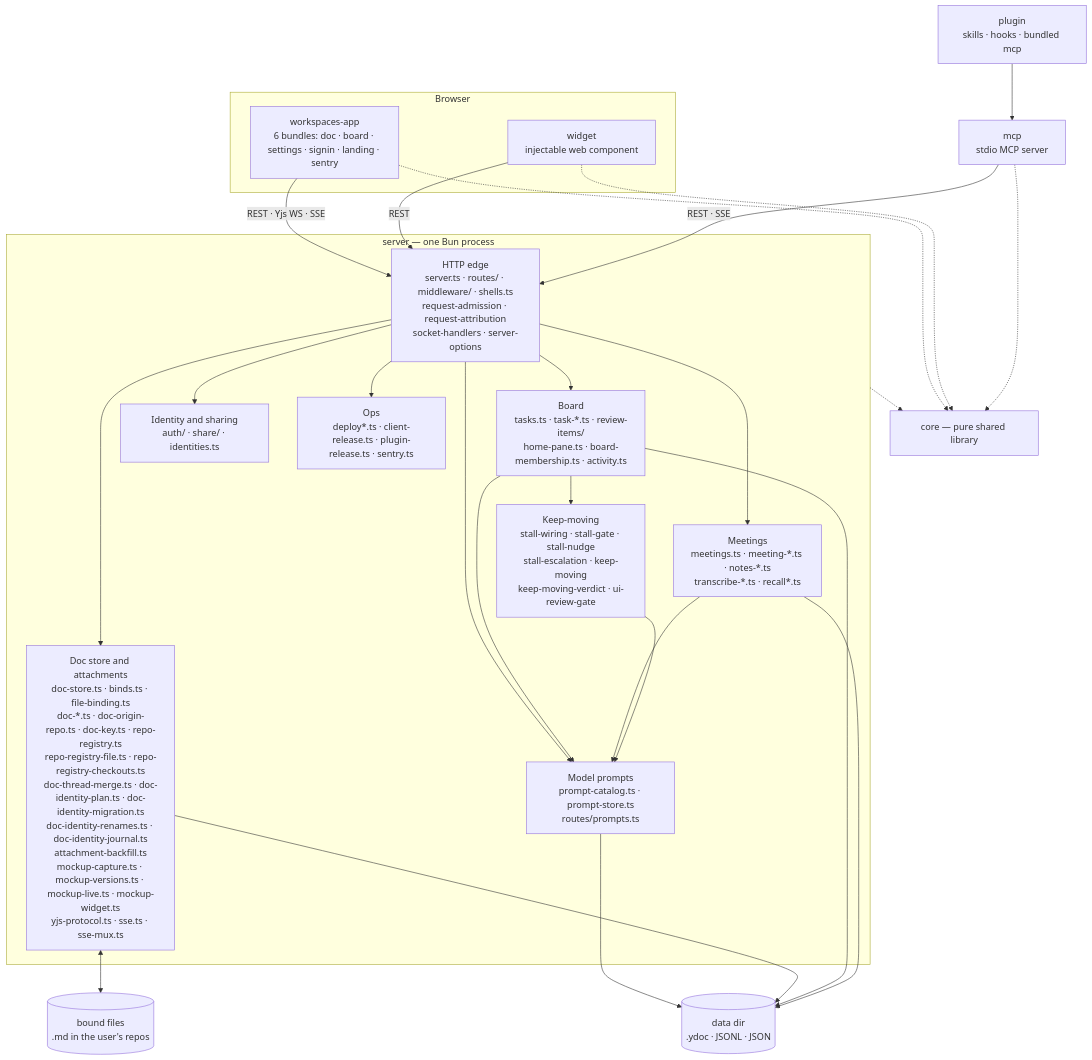
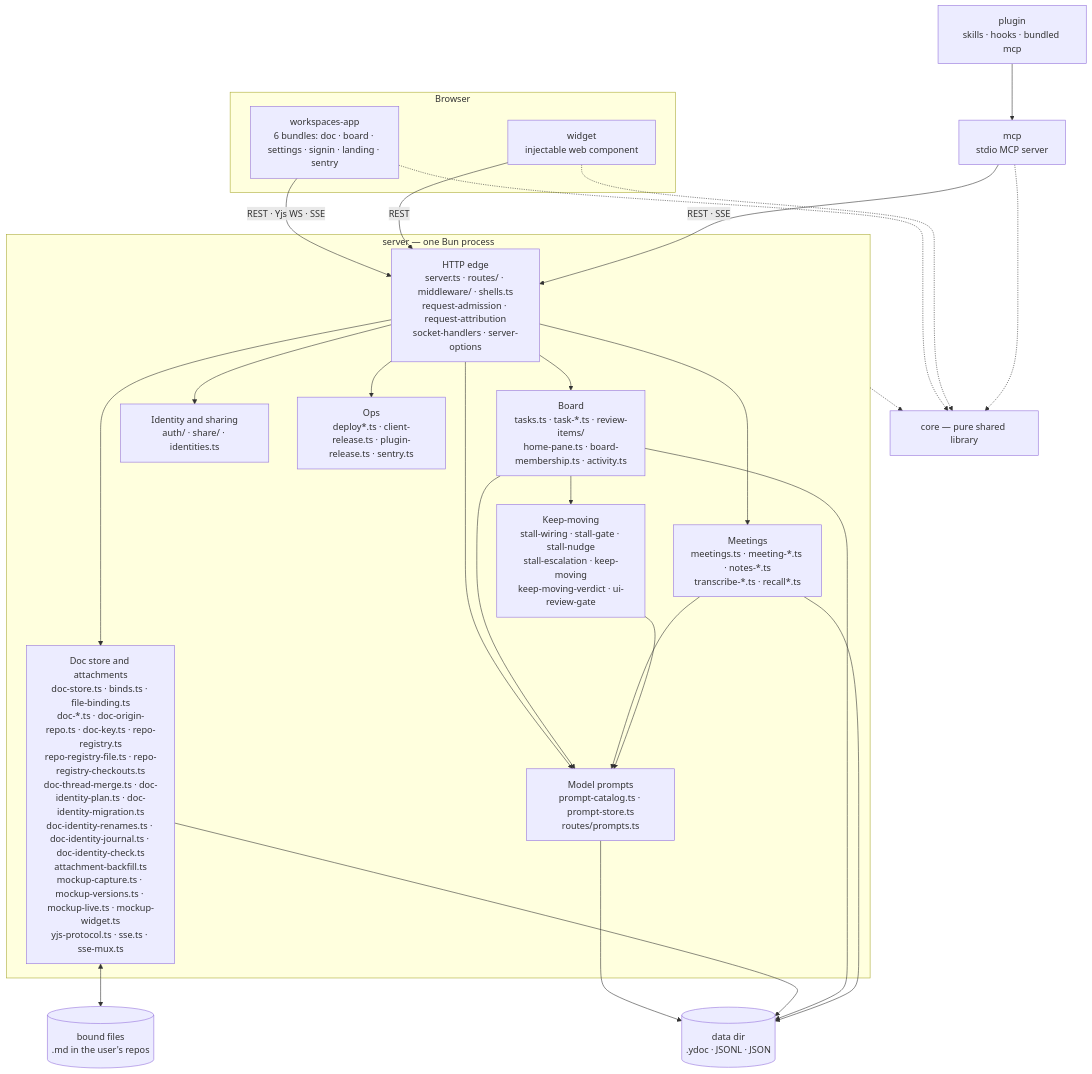
The first of 2 diagrams in docs/architecture/overview.md (fryanpan/claude-workspaces-plugin), drawn with Mermaid before and after one commit. The commit also changed other lines of this file and 3 other files, not shown here.

````diff
--- a/docs/architecture/overview.md
+++ b/docs/architecture/overview.md
@@ -45,35 +45,35 @@
 ```mermaid
 flowchart TB
   subgraph browser[Browser]
     app["workspaces-app<br/>6 bundles: doc · board · settings · signin · landing · sentry"]
     wid["widget<br/>injectable web component"]
   end
   plug["plugin<br/>skills · hooks · bundled mcp"]
   mcp["mcp<br/>stdio MCP server"]
   subgraph srv["server — one Bun process"]
     edge["HTTP edge<br/>server.ts · routes/ · middleware/ · shells.ts<br/>request-admission · request-attribution<br/>socket-handlers · server-options"]
-    docs["Doc store and attachments<br/>doc-store.ts · binds.ts · file-binding.ts<br/>doc-*.ts · doc-origin-repo.ts · doc-key.ts · repo-registry.ts<br/>repo-registry-file.ts · repo-registry-checkouts.ts<br/>doc-thread-merge.ts · doc-identity-plan.ts · doc-identity-migration.ts<br/>doc-identity-renames.ts · doc-identity-journal.ts<br/>attachment-backfill.ts<br/>mockup-capture.ts · mockup-versions.ts · mockup-live.ts · mockup-widget.ts<br/>yjs-protocol.ts · sse.ts · sse-mux.ts"]
+    docs["Doc store and attachments<br/>doc-store.ts · binds.ts · file-binding.ts<br/>doc-*.ts · doc-origin-repo.ts · doc-key.ts · repo-registry.ts<br/>repo-registry-file.ts · repo-registry-checkouts.ts<br/>doc-thread-merge.ts · doc-identity-plan.ts · doc-identity-migration.ts<br/>doc-identity-renames.ts · doc-identity-journal.ts · doc-identity-check.ts<br/>attachment-backfill.ts<br/>mockup-capture.ts · mockup-versions.ts · mockup-live.ts · mockup-widget.ts<br/>yjs-protocol.ts · sse.ts · sse-mux.ts"]
     board["Board<br/>tasks.ts · task-*.ts · review-items/<br/>home-pane.ts · board-membership.ts · activity.ts"]
     meet["Meetings<br/>meetings.ts · meeting-*.ts · notes-*.ts<br/>transcribe-*.ts · recall*.ts"]
     keep["Keep-moving<br/>stall-wiring · stall-gate · stall-nudge<br/>stall-escalation · keep-moving<br/>keep-moving-verdict · ui-review-gate"]
     ident["Identity and sharing<br/>auth/ · share/ · identities.ts"]
     prompts["Model prompts<br/>prompt-catalog.ts · prompt-store.ts<br/>routes/prompts.ts"]
     ops["Ops<br/>deploy*.ts · client-release.ts · plugin-release.ts · sentry.ts"]
   end
   core["core — pure shared library"]
   disk[("data dir<br/>.ydoc · JSONL · JSON")]
   files[("bound files<br/>.md in the user's repos")]
 
   app -->|"REST · Yjs WS · SSE"| edge
   wid -->|REST| edge
   plug --> mcp
   mcp -->|"REST · SSE"| edge
   edge --> docs & board & meet & ident & ops & prompts
   board & meet & keep --> prompts
   prompts --> disk
   board --> keep
   docs <--> files
   docs & board & meet --> disk
   app & wid & mcp -.-> core
   srv -.-> core
 ```
````
